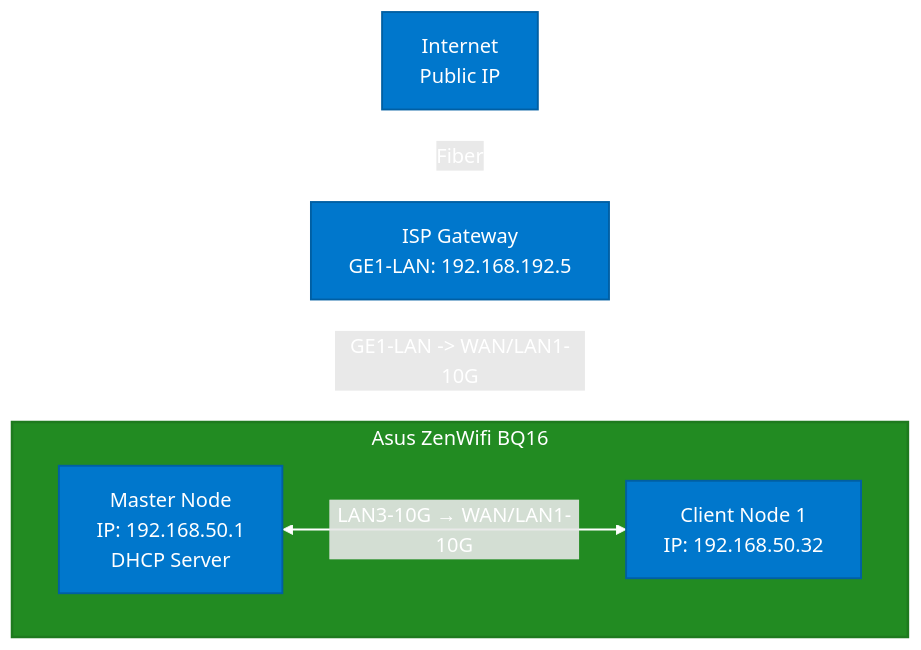
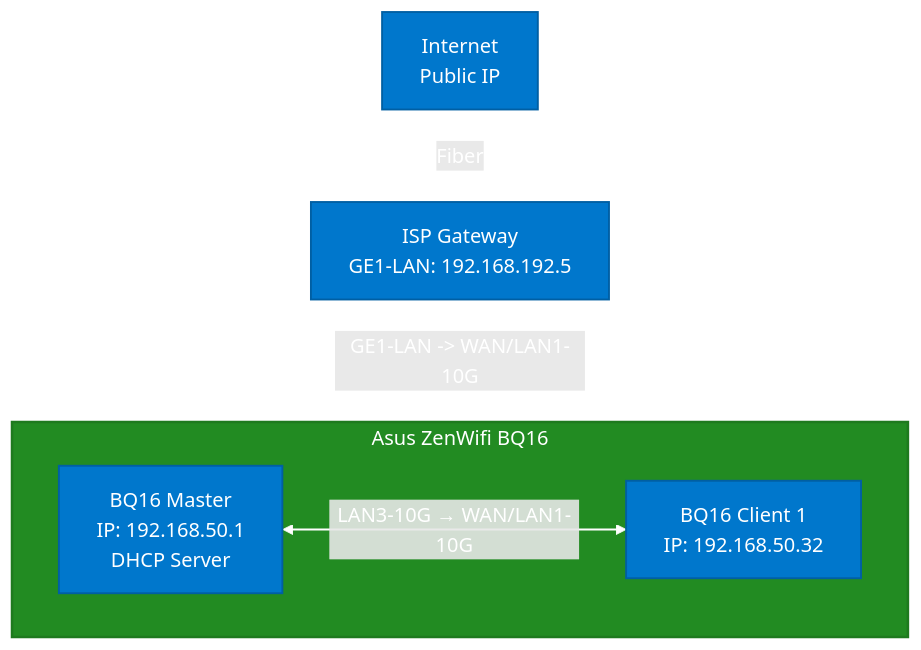
The diagram in Research/architecture.md (lukkeutgens/Homelab), drawn with Mermaid before and after one commit.

````diff
--- a/Research/architecture.md
+++ b/Research/architecture.md
@@ -4,22 +4,22 @@
 ```mermaid
 flowchart TD
     A[Internet<br/>Public IP] <-->|Fiber| B[ISP Gateway<br/>GE1-LAN: 192.168.192.5]
     B <-->|GE1-LAN -> WAN/LAN1-10G| ZW[Asus ZenWifi BQ16]
 
     subgraph ZW [Asus ZenWifi BQ16]
-        C[Master Node<br/>IP: 192.168.50.1<br/>DHCP Server]
-        D[Client Node 1<br/>IP: 192.168.50.32<br/>]
+        C[BQ16 Master<br/>IP: 192.168.50.1<br/>DHCP Server]
+        D[BQ16 Client 1<br/>IP: 192.168.50.32<br/>]
         C <-->|LAN3-10G → WAN/LAN1-10G| D
     end
 
     %% Styling
     style A fill:#0077cc,color:#ffffff,stroke:#005fa3,stroke-width:1.5px
     style B fill:#0077cc,color:#ffffff,stroke:#005fa3,stroke-width:1.5px
     style C fill:#0077cc,color:#ffffff,stroke:#005fa3,stroke-width:1.5px
     style D fill:#0077cc,color:#ffffff,stroke:#005fa3,stroke-width:1.5px
     style ZW fill:#228b22,color:#ffffff,stroke:#1e7a1e,stroke-width:2px
 
     linkStyle 0 stroke:#ffffff,stroke-width:1.5px,color:#ffffff
     linkStyle 1 stroke:#ffffff,stroke-width:1.5px,color:#ffffff
     linkStyle 2 stroke:#ffffff,stroke-width:1.5px,color:#ffffff
 ```
````
